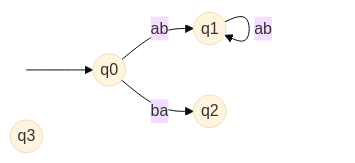
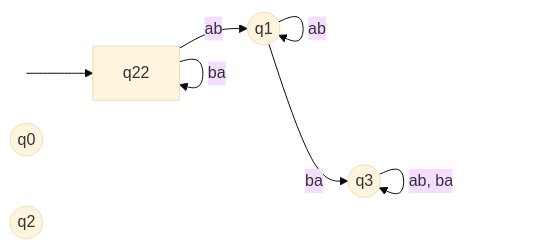
Before and after one commit to bfeitknecht/vault: the second of 3 diagrams in sem3/TIN/UE/bf/TI-bf-u03.md, drawn with Mermaid (base theme).

Commit message:
backup: 2024-10-09T23:36:11+02:00 from MacBook Pro (echo)
Affected files:
sem3/TIN/UE/bf/TI-bf-u03.md

````diff
--- a/sem3/TIN/UE/bf/TI-bf-u03.md
+++ b/sem3/TIN/UE/bf/TI-bf-u03.md
@@ -73,22 +73,21 @@
 ```mermaid
 flowchart LR
 
 classDef hidden display: none;
 
 S:::hidden
 q0((q0))
 q1((q1))
 q2((q2))
 q3((q3))
 
-S --> q0
-
-q0 -->|"ab"| q1
-q0 -->|"ba"| q2
+S --> q22
 
 q1 -->|"ab"| q1
+q1 -->|"ba"| q3
 
+q22 -->|"ab"| q1
+q22 -->|"ba"| q22
 
-
-
+q3 -->|"ab, ba"| q3
 ```
````
